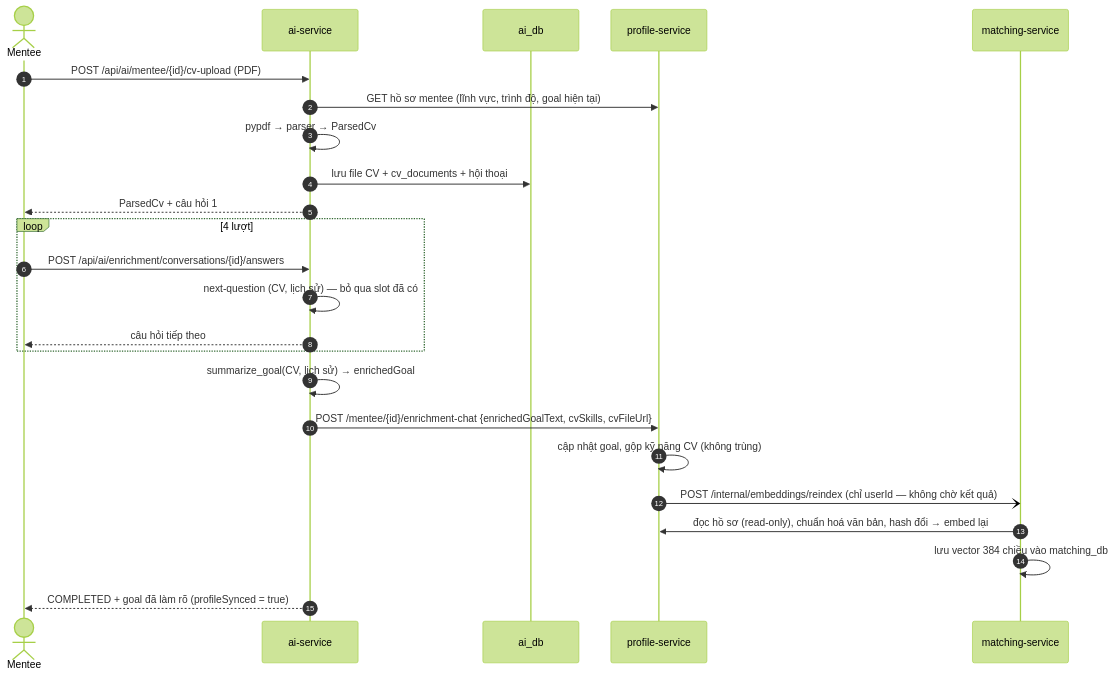
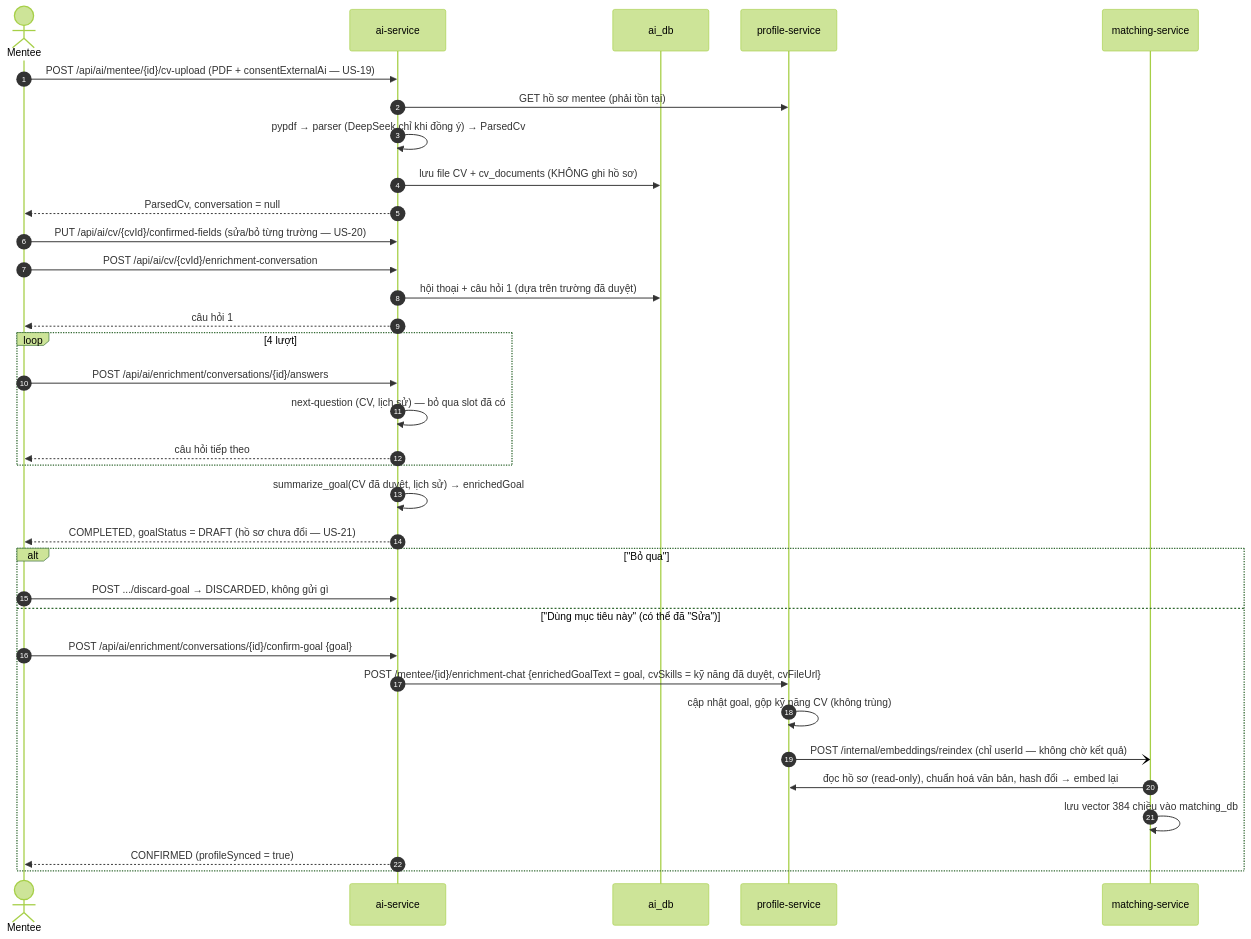
The fifth of 5 diagrams in docs/ai-features.md (quangpham10212004/do_an_2026), drawn with Mermaid (forest theme) before and after one commit. The commit also changed other lines of this file and 17 other files, not shown here.

Commit message:
US-21: enrichment goal is a draft; confirm-goal (editable, idempotent) syncs profile with confirmed skills, discard-goal syncs nothing

````diff
--- a/docs/ai-features.md
+++ b/docs/ai-features.md
@@ -412,26 +412,36 @@
 ```mermaid
 sequenceDiagram
     autonumber
     actor M as Mentee
     participant AI as ai-service
     participant DB as ai_db
     participant P as profile-service
     participant X as matching-service
-    M->>AI: POST /api/ai/mentee/{id}/cv-upload (PDF)
-    AI->>P: GET hồ sơ mentee (lĩnh vực, trình độ, goal hiện tại)
-    AI->>AI: pypdf → parser → ParsedCv
-    AI->>DB: lưu file CV + cv_documents + hội thoại
-    AI-->>M: ParsedCv + câu hỏi 1
+    M->>AI: POST /api/ai/mentee/{id}/cv-upload (PDF + consentExternalAi — US-19)
+    AI->>P: GET hồ sơ mentee (phải tồn tại)
+    AI->>AI: pypdf → parser (DeepSeek chỉ khi đồng ý) → ParsedCv
+    AI->>DB: lưu file CV + cv_documents (KHÔNG ghi hồ sơ)
+    AI-->>M: ParsedCv, conversation = null
+    M->>AI: PUT /api/ai/cv/{cvId}/confirmed-fields (sửa/bỏ từng trường — US-20)
+    M->>AI: POST /api/ai/cv/{cvId}/enrichment-conversation
+    AI->>DB: hội thoại + câu hỏi 1 (dựa trên trường đã duyệt)
+    AI-->>M: câu hỏi 1
     loop 4 lượt
         M->>AI: POST /api/ai/enrichment/conversations/{id}/answers
         AI->>AI: next-question (CV, lịch sử) — bỏ qua slot đã có
         AI-->>M: câu hỏi tiếp theo
     end
-    AI->>AI: summarize_goal(CV, lịch sử) → enrichedGoal
-    AI->>P: POST /mentee/{id}/enrichment-chat {enrichedGoalText, cvSkills, cvFileUrl}
+    AI->>AI: summarize_goal(CV đã duyệt, lịch sử) → enrichedGoal
+    AI-->>M: COMPLETED, goalStatus = DRAFT (hồ sơ chưa đổi — US-21)
+    alt "Bỏ qua"
+        M->>AI: POST .../discard-goal → DISCARDED, không gửi gì
+    else "Dùng mục tiêu này" (có thể đã "Sửa")
+    M->>AI: POST /api/ai/enrichment/conversations/{id}/confirm-goal {goal}
+    AI->>P: POST /mentee/{id}/enrichment-chat {enrichedGoalText = goal, cvSkills = kỹ năng đã duyệt, cvFileUrl}
     P->>P: cập nhật goal, gộp kỹ năng CV (không trùng)
     P-)X: POST /internal/embeddings/reindex (chỉ userId — không chờ kết quả)
     X->>P: đọc hồ sơ (read-only), chuẩn hoá văn bản, hash đổi → embed lại
     X->>X: lưu vector 384 chiều vào matching_db
-    AI-->>M: COMPLETED + goal đã làm rõ (profileSynced = true)
+    AI-->>M: CONFIRMED (profileSynced = true)
+    end
 ```
````
